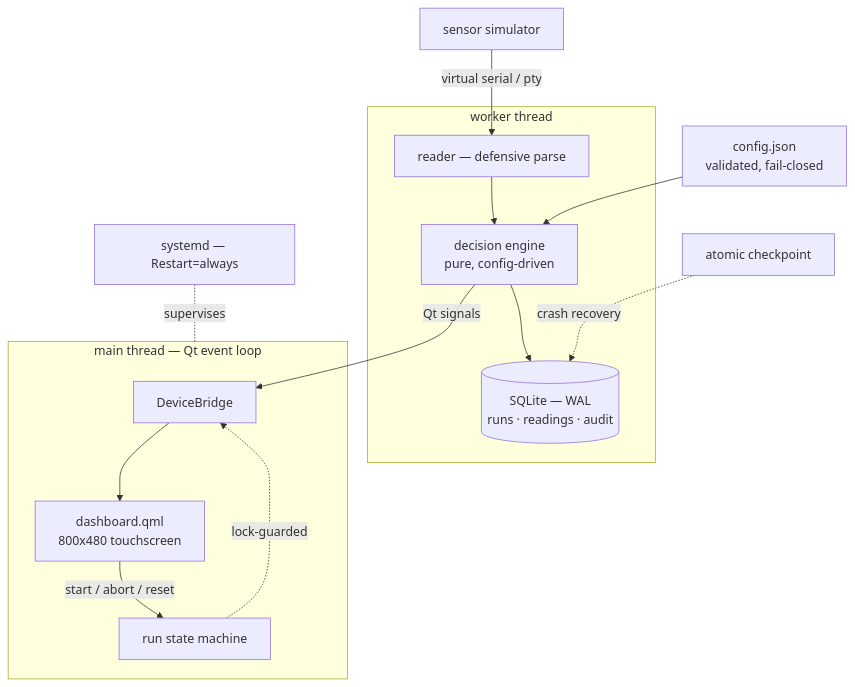
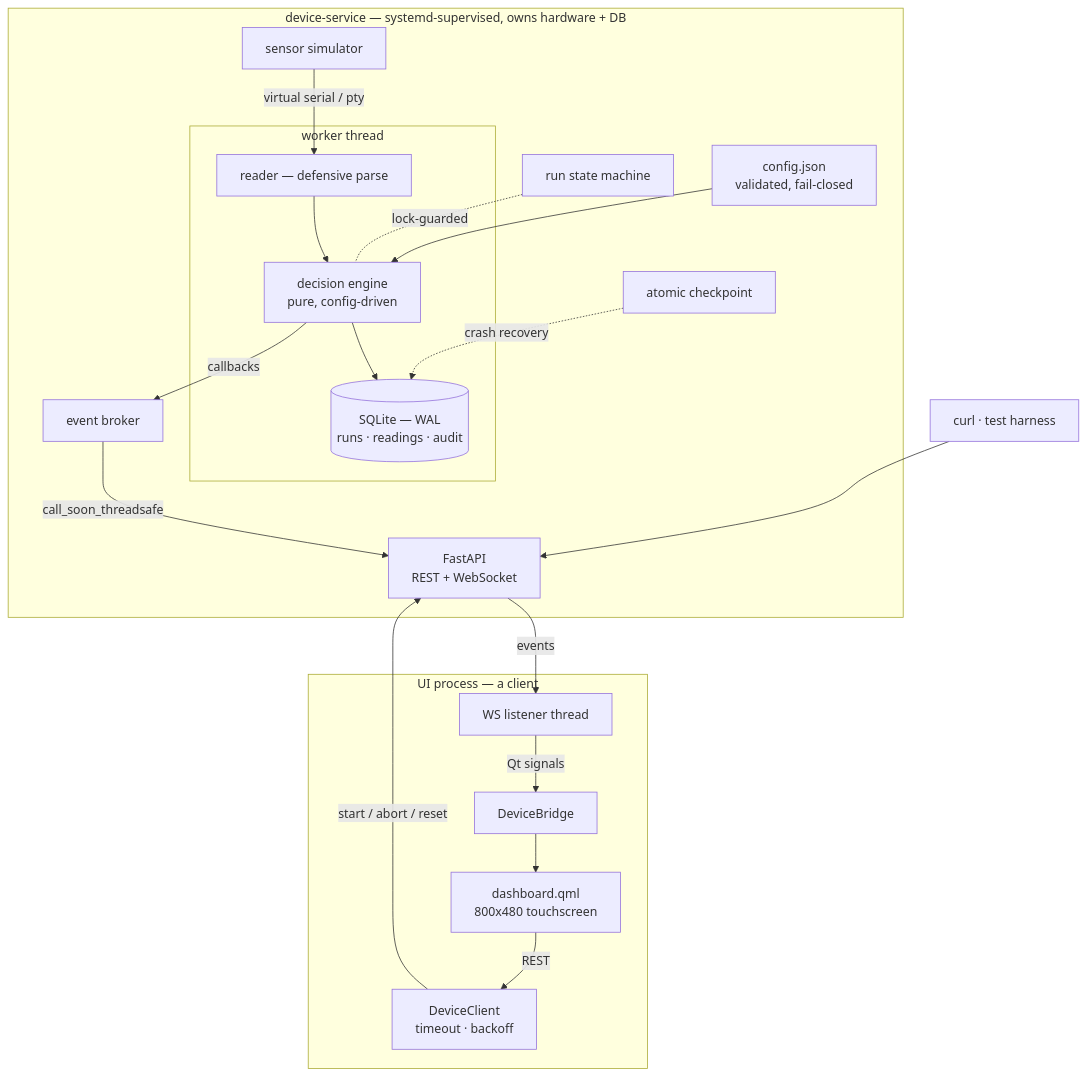
Before and after one commit to chetanjogi/edge-device: the first of 16 diagrams in README.md, drawn with Mermaid. The commit also changed other lines of this file, not shown here.

Commit message:
Document control API architecture and service/client split

````diff
--- a/README.md
+++ b/README.md
@@ -41,21 +44,25 @@
 ```mermaid
 flowchart TD
-    SIM[sensor simulator] -->|virtual serial / pty| RD[reader — defensive parse]
-
-    subgraph W[worker thread]
-      RD --> DEC[decision engine<br/>pure, config-driven]
-      DEC --> DB[(SQLite — WAL<br/>runs · readings · audit)]
+    subgraph SVC[device-service — systemd-supervised, owns hardware + DB]
+      SIM[sensor simulator] -->|virtual serial / pty| RD[reader — defensive parse]
+      subgraph W[worker thread]
+        RD --> DEC[decision engine<br/>pure, config-driven]
+        DEC --> DB[(SQLite — WAL<br/>runs · readings · audit)]
+      end
+      DEC -->|callbacks| BRK[event broker]
+      BRK -->|call_soon_threadsafe| API[FastAPI<br/>REST + WebSocket]
+      FSM[run state machine] -.lock-guarded.- DEC
+      CFG[config.json<br/>validated, fail-closed] --> DEC
+      CK[atomic checkpoint] -.crash recovery.-> DB
     end
 
-    DEC -->|Qt signals| BR[DeviceBridge]
-
-    subgraph M[main thread — Qt event loop]
+    subgraph UIP[UI process — a client]
+      WS[WS listener thread] -->|Qt signals| BR[DeviceBridge]
       BR --> QML[dashboard.qml<br/>800x480 touchscreen]
-      QML -->|start / abort / reset| FSM[run state machine]
+      QML -->|REST| HTTP[DeviceClient<br/>timeout · backoff]
     end
 
-    FSM -.lock-guarded.-> BR
-    CFG[config.json<br/>validated, fail-closed] --> DEC
-    CK[atomic checkpoint] -.crash recovery.-> DB
-    SD[systemd — Restart=always] -.supervises.- M
+    API -->|events| WS
+    HTTP -->|start / abort / reset| API
+    CLI[curl · test harness] --> API
 ```
````
